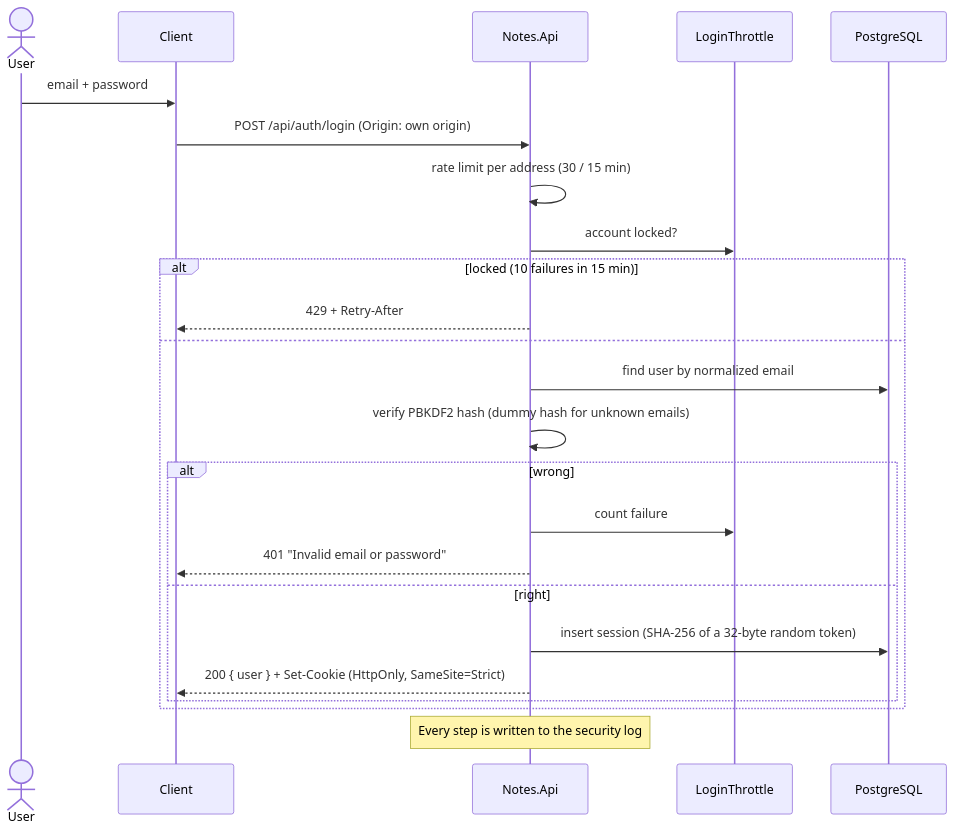
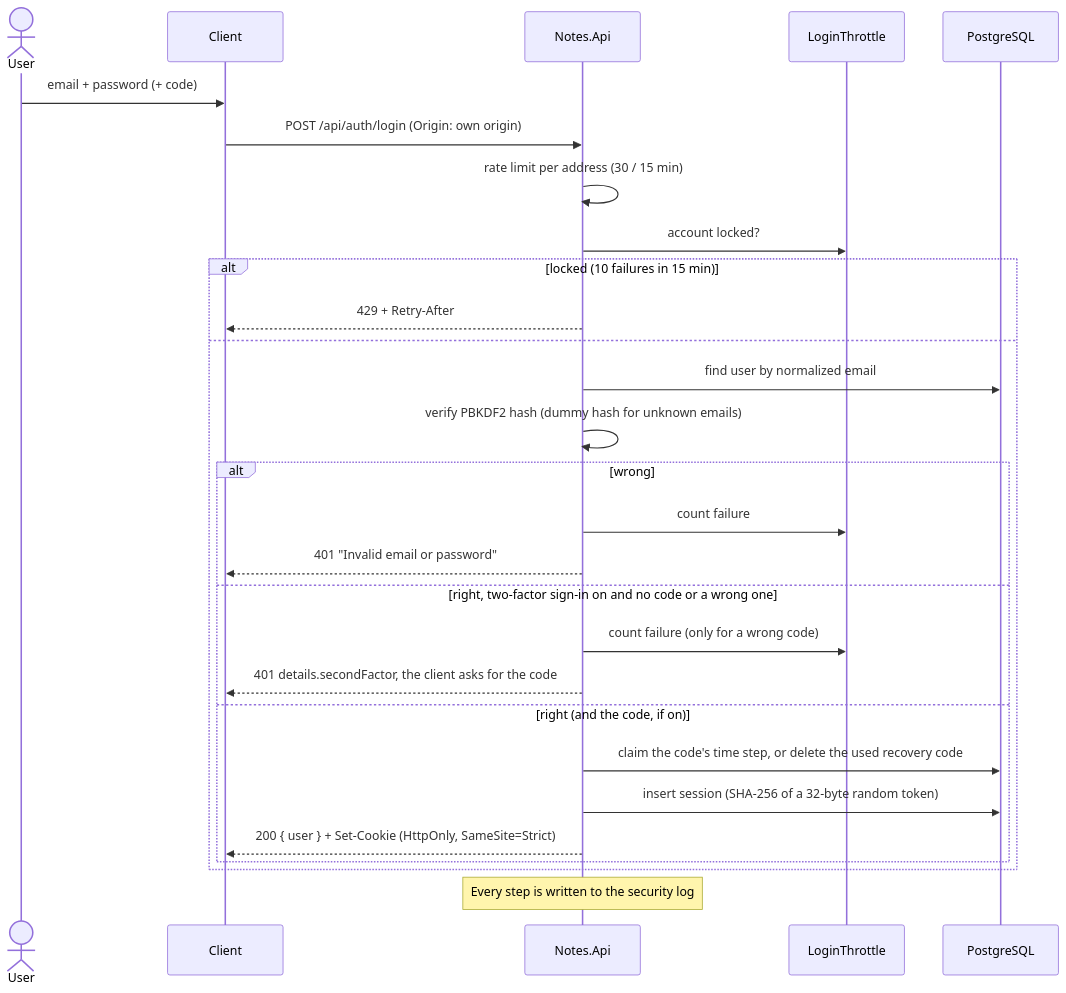
One commit to KamiNeko/notes changed the first of 2 diagrams in docs/architecture/06-runtime-view.md. Above: the diagram before and after it, drawn with Mermaid. The commit also changed other lines of this file and 41 other files, not shown here.

First line of the commit message:
feat: optional two-factor sign-in with an authenticator app

````diff
--- a/docs/architecture/06-runtime-view.md
+++ b/docs/architecture/06-runtime-view.md
@@ -5,26 +5,30 @@
 ```mermaid
 sequenceDiagram
     actor U as User
     participant C as Client
     participant A as Notes.Api
     participant T as LoginThrottle
     participant D as PostgreSQL
-    U->>C: email + password
+    U->>C: email + password (+ code)
     C->>A: POST /api/auth/login (Origin: own origin)
     A->>A: rate limit per address (30 / 15 min)
     A->>T: account locked?
     alt locked (10 failures in 15 min)
         A-->>C: 429 + Retry-After
     else
         A->>D: find user by normalized email
         A->>A: verify PBKDF2 hash (dummy hash for unknown emails)
         alt wrong
             A->>T: count failure
             A-->>C: 401 "Invalid email or password"
-        else right
+        else right, two-factor sign-in on and no code or a wrong one
+            A->>T: count failure (only for a wrong code)
+            A-->>C: 401 details.secondFactor, the client asks for the code
+        else right (and the code, if on)
+            A->>D: claim the code's time step, or delete the used recovery code
             A->>D: insert session (SHA-256 of a 32-byte random token)
             A-->>C: 200 { user } + Set-Cookie (HttpOnly, SameSite=Strict)
         end
     end
     Note over A: Every step is written to the security log
 ```
````
